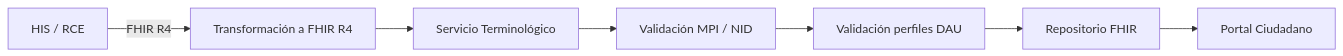
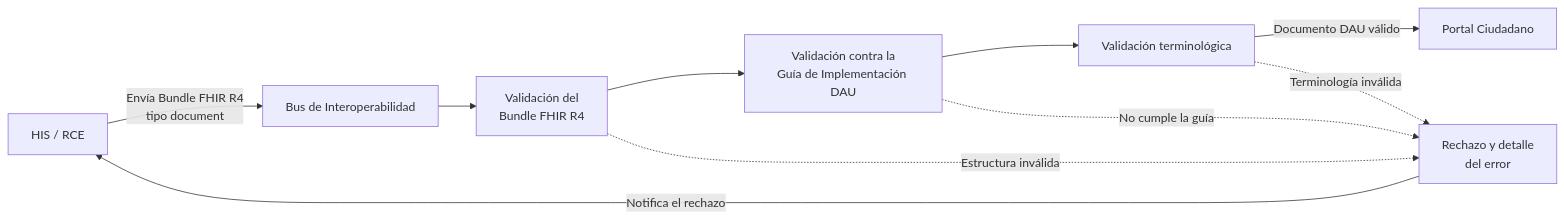
One commit to rchristiansen/CL-URGENCIA changed the first of 2 diagrams in input/pagecontent/arquitectura.md. Above: the diagram before and after it, drawn with Mermaid. The commit also changed other lines of this file and 12 other files, not shown here.

Commit message:
refactor: Se actualiza CL-Core de la version 1.8.5 a  versión 1.9.3, se alinean los perfiles DauEncounter y DiagnosticoUrgenciaDAU, y se actualiza la documentación narrativa.

```diff
--- a/input/pagecontent/arquitectura.md
+++ b/input/pagecontent/arquitectura.md
@@ -28,9 +28,21 @@
 <div class="mermaid">
 flowchart LR
-    HIS["HIS / RCE"] -->|"FHIR R4"| TRANS["Transformación a FHIR R4"]
-    TRANS --> TERM["Servicio Terminológico"]
-    TERM --> MPI["Validación MPI / NID"]
-    MPI --> VAL["Validación perfiles DAU"]
-    VAL --> REP["Repositorio FHIR"]
-    REP --> PORTAL["Portal Ciudadano"]
+    HIS["HIS / RCE"]
+    BUS["Bus de Interoperabilidad"]
+    ESTRUCT["Validación del<br/>Bundle FHIR R4"]
+    GUIA["Validación contra la<br/>Guía de Implementación DAU"]
+    TERM["Validación terminológica"]
+    PORTAL["Portal Ciudadano"]
+    RECHAZO["Rechazo y detalle<br/>del error"]
+
+    HIS -->|"Envía Bundle FHIR R4<br/>tipo document"| BUS
+    BUS --> ESTRUCT
+    ESTRUCT --> GUIA
+    GUIA --> TERM
+    TERM -->|"Documento DAU válido"| PORTAL
+
+    ESTRUCT -.->|"Estructura inválida"| RECHAZO
+    GUIA -.->|"No cumple la guía"| RECHAZO
+    TERM -.->|"Terminología inválida"| RECHAZO
+    RECHAZO -->|"Notifica el rechazo"| HIS
 </div>
```
